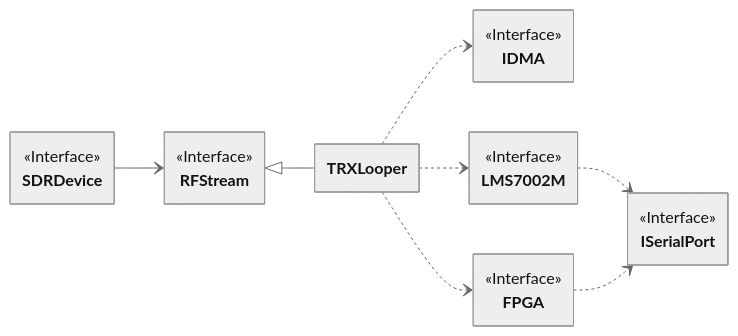
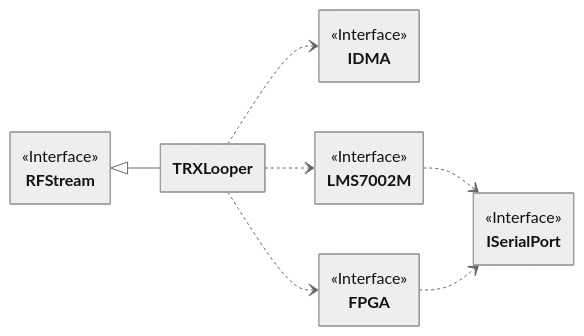
The diagram in docs/developer/Introduction/streaming_class.mmd (myriadrf/LimeSuiteNG), drawn with Mermaid (neutral theme) before and after one commit. The commit also changed 1 other file, not shown here.

Commit message:
DOCS: Updated streaming class diagram

```diff
--- a/docs/developer/Introduction/streaming_class.mmd
+++ b/docs/developer/Introduction/streaming_class.mmd
@@ -1,30 +1,26 @@
 ---
     config:
         class:
             hideEmptyMembersBox: True
 ---
 
 classDiagram
     direction LR
 
-    class SDRDevice {<<Interface>>}
     class RFStream {<<Interface>>}
     class TRXLooper
 
     class IDMA {<<Interface>>}
     class LMS7002M {<<Interface>>}
     class FPGA {<<Interface>>}
     class ISerialPort {<<Interface>>}
 
     %% Inheritance
     RFStream<|--TRXLooper
 
     %% Dependencies
     TRXLooper..>IDMA
     TRXLooper..>LMS7002M
     TRXLooper..>FPGA
     LMS7002M..>ISerialPort
     FPGA..>ISerialPort
-
-    %% Associations
-    SDRDevice-->RFStream
```
